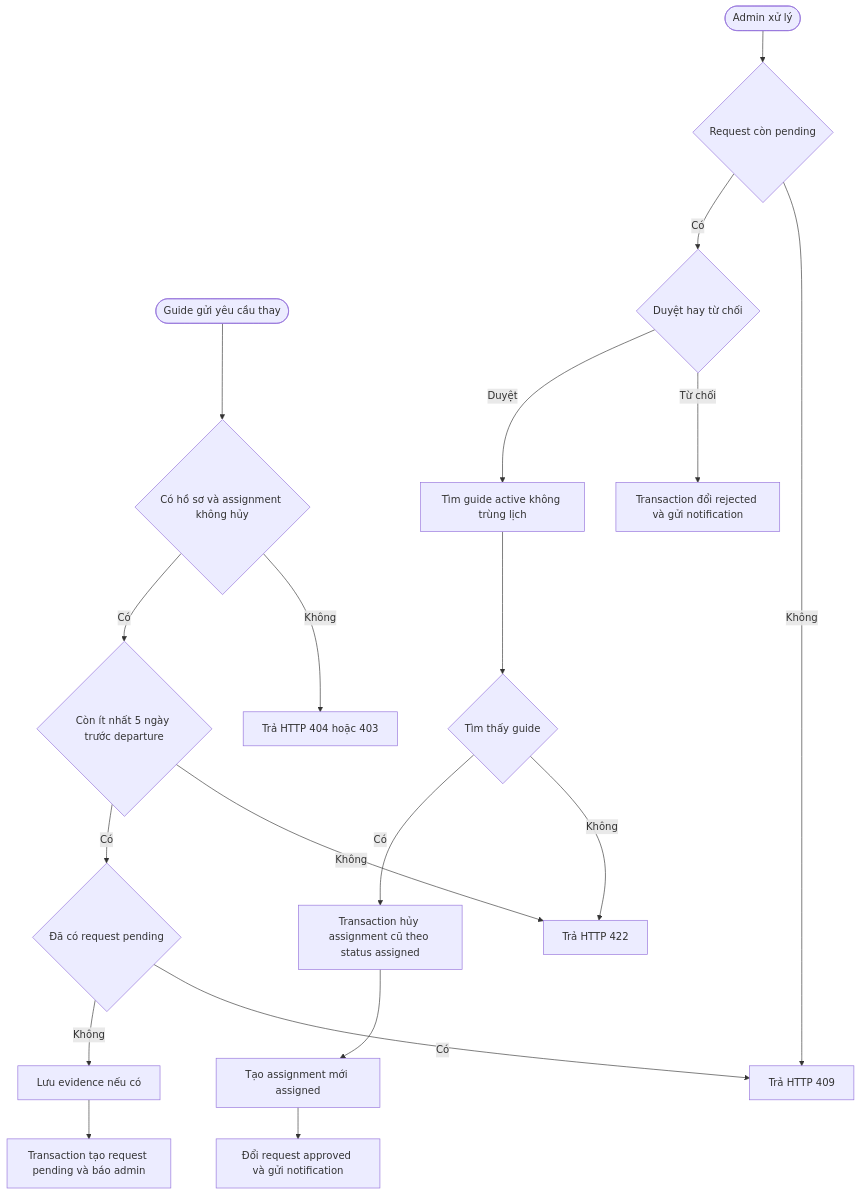
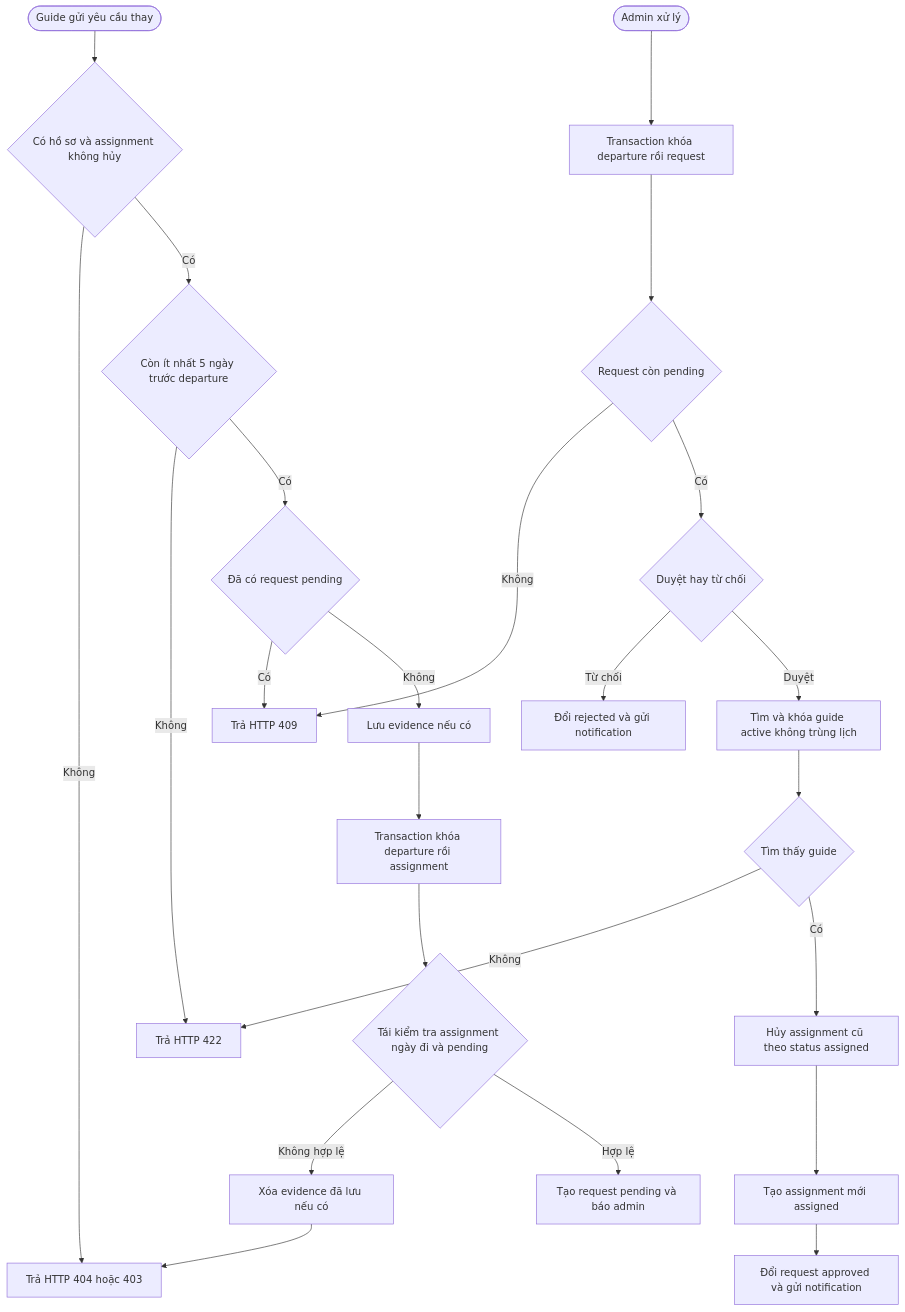
One commit to phamhoaithu2006/DATN_WD-01 changed diagram 36 of 39 in docs/reverse-engineering/06-process-and-state-diagrams.md. Above: the diagram before and after it, drawn with Mermaid. The commit also changed other lines of this file and 53 other files, not shown here.

````diff
--- a/docs/reverse-engineering/06-process-and-state-diagrams.md
+++ b/docs/reverse-engineering/06-process-and-state-diagrams.md
@@ -1271,21 +1475,26 @@
 ```mermaid
 flowchart TD
     A([Guide gửi yêu cầu thay]) --> B{Có hồ sơ và assignment không hủy}
     B -->|Không| X[Trả HTTP 404 hoặc 403]
     B -->|Có| C{Còn ít nhất 5 ngày trước departure}
     C -->|Không| Y[Trả HTTP 422]
     C -->|Có| D{Đã có request pending}
     D -->|Có| Z[Trả HTTP 409]
     D -->|Không| E[Lưu evidence nếu có]
-    E --> F[Transaction tạo request pending và báo admin]
-    G([Admin xử lý]) --> H{Request còn pending}
-    H -->|Không| Z
-    H -->|Có| I{Duyệt hay từ chối}
-    I -->|Từ chối| J[Transaction đổi rejected và gửi notification]
-    I -->|Duyệt| K[Tìm guide active không trùng lịch]
-    K --> L{Tìm thấy guide}
-    L -->|Không| Y
-    L -->|Có| M[Transaction hủy assignment cũ theo status assigned]
-    M --> N[Tạo assignment mới assigned]
-    N --> O[Đổi request approved và gửi notification]
+    E --> F[Transaction khóa departure rồi assignment]
+    F --> G{Tái kiểm tra assignment ngày đi và pending}
+    G -->|Không hợp lệ| H[Xóa evidence đã lưu nếu có]
+    H --> X
+    G -->|Hợp lệ| I[Tạo request pending và báo admin]
+    J([Admin xử lý]) --> K[Transaction khóa departure rồi request]
+    K --> L{Request còn pending}
+    L -->|Không| Z
+    L -->|Có| M{Duyệt hay từ chối}
+    M -->|Từ chối| N[Đổi rejected và gửi notification]
+    M -->|Duyệt| O[Tìm và khóa guide active không trùng lịch]
+    O --> P{Tìm thấy guide}
+    P -->|Không| Y
+    P -->|Có| Q[Hủy assignment cũ theo status assigned]
+    Q --> R[Tạo assignment mới assigned]
+    R --> S[Đổi request approved và gửi notification]
 ```
````
